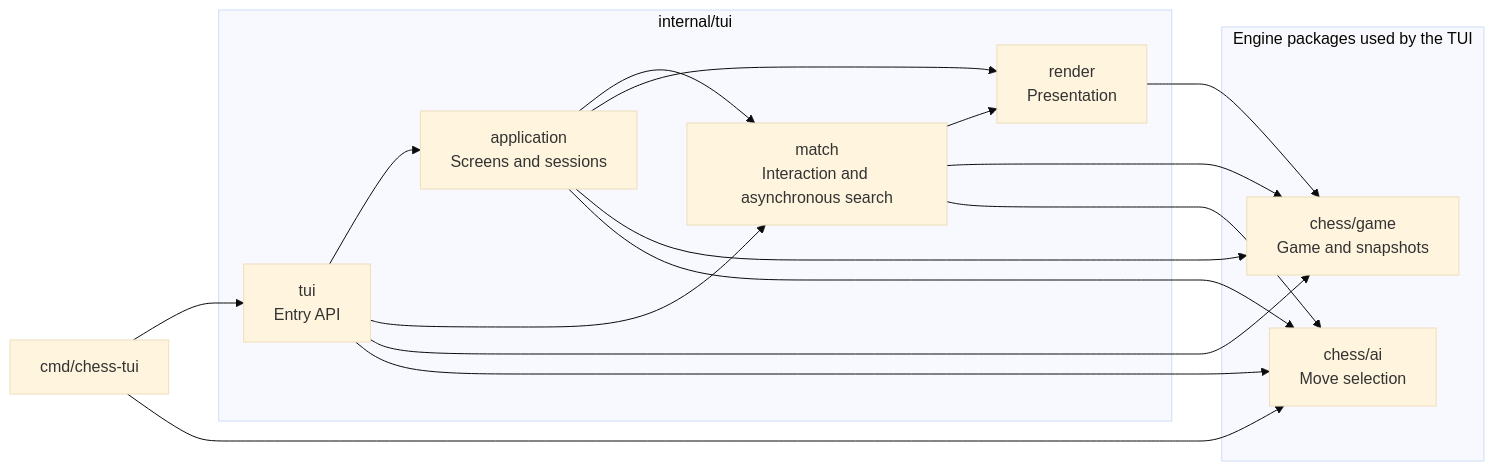
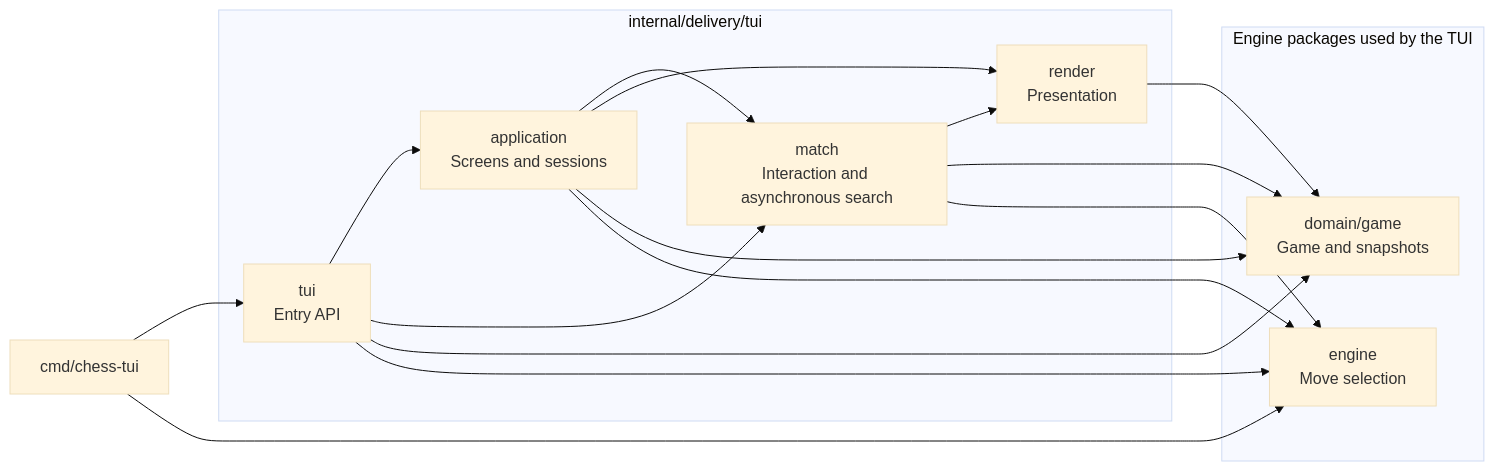
Before and after one commit to gabrzb/chess-go: the first of 2 diagrams in README-EN.md, drawn with Mermaid (base theme). The commit also changed other lines of this file and 194 other files, not shown here.

Commit message:
refactor: separate domain engine and delivery layers

````diff
--- a/README-EN.md
+++ b/README-EN.md
@@ -143,31 +145,31 @@
 ```mermaid
 flowchart LR
     cli["cmd/chess-tui"]
 
-    subgraph ui["internal/tui"]
+    subgraph ui["internal/delivery/tui"]
         entry["tui<br/>Entry API"]
         application["application<br/>Screens and sessions"]
         match["match<br/>Interaction and asynchronous search"]
         render["render<br/>Presentation"]
     end
 
     subgraph engine["Engine packages used by the TUI"]
-        game["chess/game<br/>Game and snapshots"]
-        ai["chess/ai<br/>Move selection"]
+        game["domain/game<br/>Game and snapshots"]
+        ai["engine<br/>Move selection"]
     end
 
     cli --> entry
     cli --> ai
     entry --> application
     entry --> match
     entry --> game
     entry --> ai
     application --> match
     application --> render
     application --> game
     application --> ai
     match --> render
     match --> game
     match --> ai
     render --> game
 ```
````
